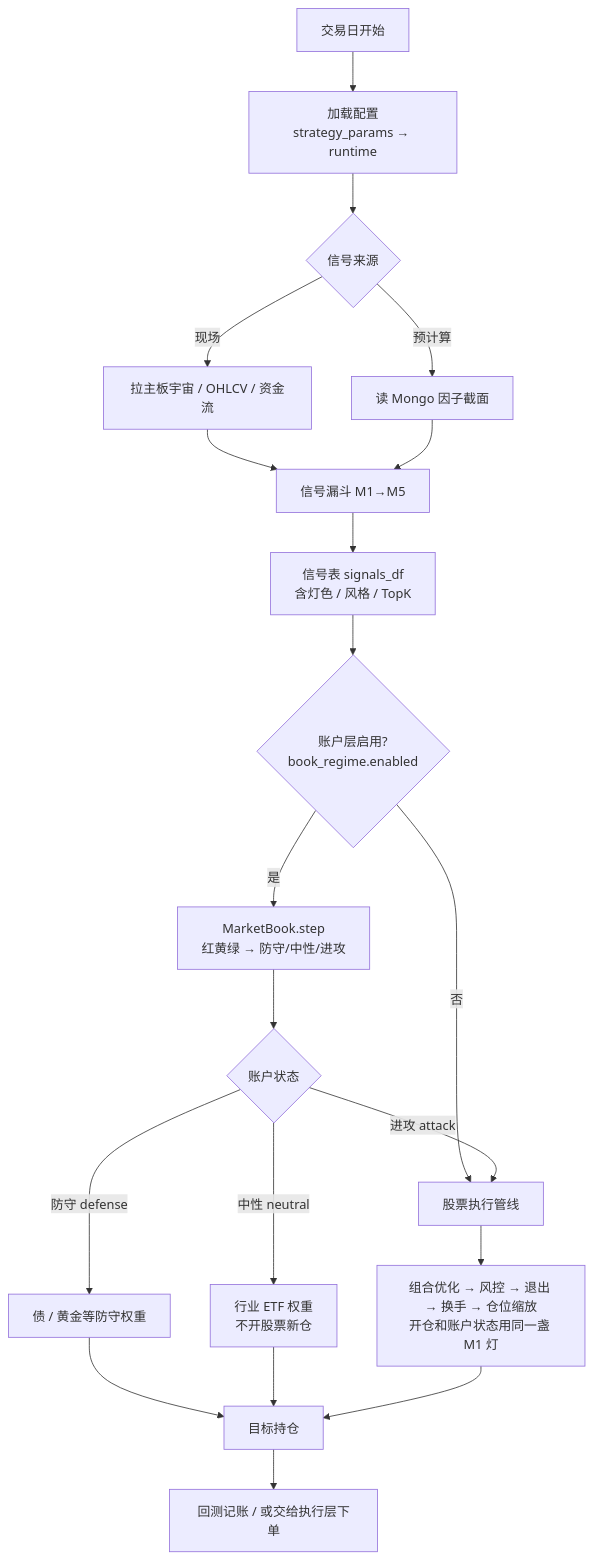
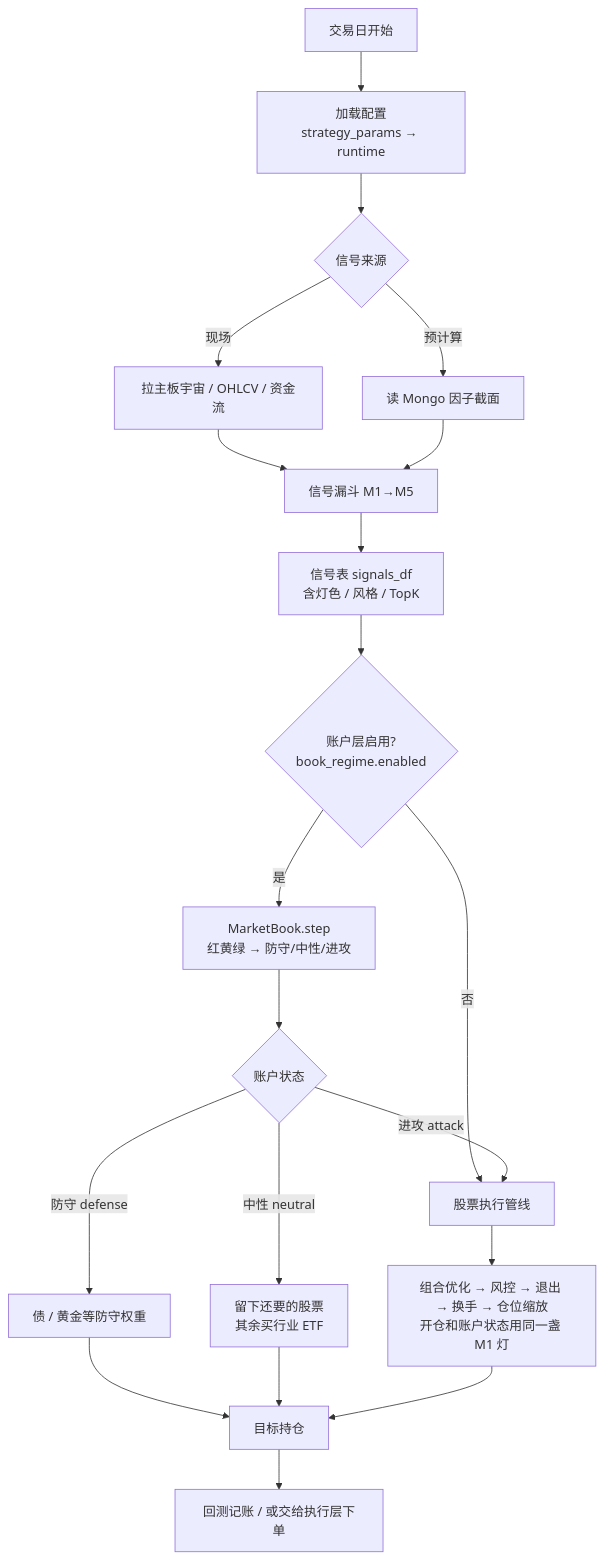
One commit to wllfengshu/TradingAgents-CN changed the first of 6 diagrams in zstock/strategy_management/doc/README.md. Above: the diagram before and after it, drawn with Mermaid. The commit also changed other lines of this file and 34 other files, not shown here.

````diff
--- a/zstock/strategy_management/doc/README.md
+++ b/zstock/strategy_management/doc/README.md
@@ -77,22 +77,22 @@
 ```mermaid
 flowchart TB
     A[交易日开始] --> B[加载配置<br/>strategy_params → runtime]
     B --> C{信号来源}
     C -->|现场| D[拉主板宇宙 / OHLCV / 资金流]
     C -->|预计算| E[读 Mongo 因子截面]
     D --> F[信号漏斗 M1→M5]
     E --> F
     F --> G[信号表 signals_df<br/>含灯色 / 风格 / TopK]
     G --> H{账户层启用?<br/>book_regime.enabled}
     H -->|否| I[股票执行管线]
     H -->|是| J[MarketBook.step<br/>红黄绿 → 防守/中性/进攻]
     J --> K{账户状态}
     K -->|防守 defense| L[债 / 黄金等防守权重]
-    K -->|中性 neutral| M[行业 ETF 权重<br/>不开股票新仓]
+    K -->|中性 neutral| M[留下还要的股票<br/>其余买行业 ETF]
     K -->|进攻 attack| I
     I --> N[组合优化 → 风控 → 退出 → 换手 → 仓位缩放<br/>开仓和账户状态用同一盏 M1 灯]
     L --> O[目标持仓]
     M --> O
     N --> O
     O --> P[回测记账 / 或交给执行层下单]
 ```
````
